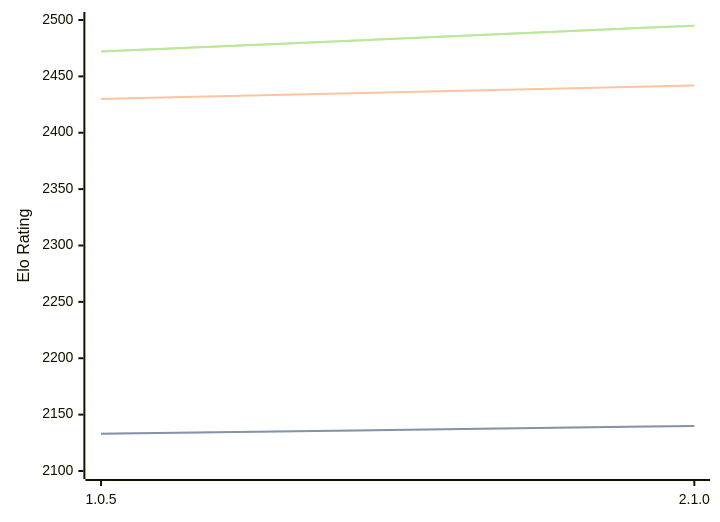
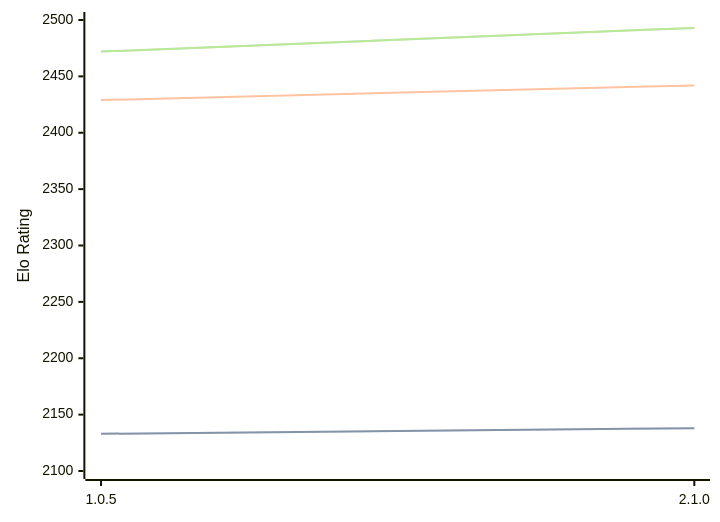
The third of 3 diagrams in engines/Ruffian.md (computer-chess-index/cci), drawn with Mermaid before and after one commit. The commit also changed other lines of this file, not shown here.

Commit message:
Update CCI Ratings (ELO VLTC) - 2026-06-27

````diff
--- a/engines/Ruffian.md
+++ b/engines/Ruffian.md
@@ -65,11 +65,11 @@
 ```mermaid
 %%{init: {"theme":"base","themeVariables":{"seriesColors:['#a3a3a3','#222221','#faa371']}}}%%
 xychart-beta
   x-axis ["1.0.5", "2.1.0"]
   y-axis "Elo Rating" 2100 --> 2500
-  line "STC (8.0+0.08s)" [2133, 2140]
-  line "STC (8.0+0.08s)" [2133, 2140]
-  line "LTC (60.0+0.60s)" [2430, 2442]
-  line "VLTC (2m24s+1.12s)" [2472, 2495]
-  line "VLTC (2m24s+1.12s)" [2472, 2495]
+  line "STC (8.0+0.08s)" [2133, 2138]
+  line "STC (8.0+0.08s)" [2133, 2138]
+  line "LTC (60.0+0.60s)" [2429, 2442]
+  line "VLTC (2m24s+1.12s)" [2472, 2493]
+  line "VLTC (2m24s+1.12s)" [2472, 2493]
 ```
````
